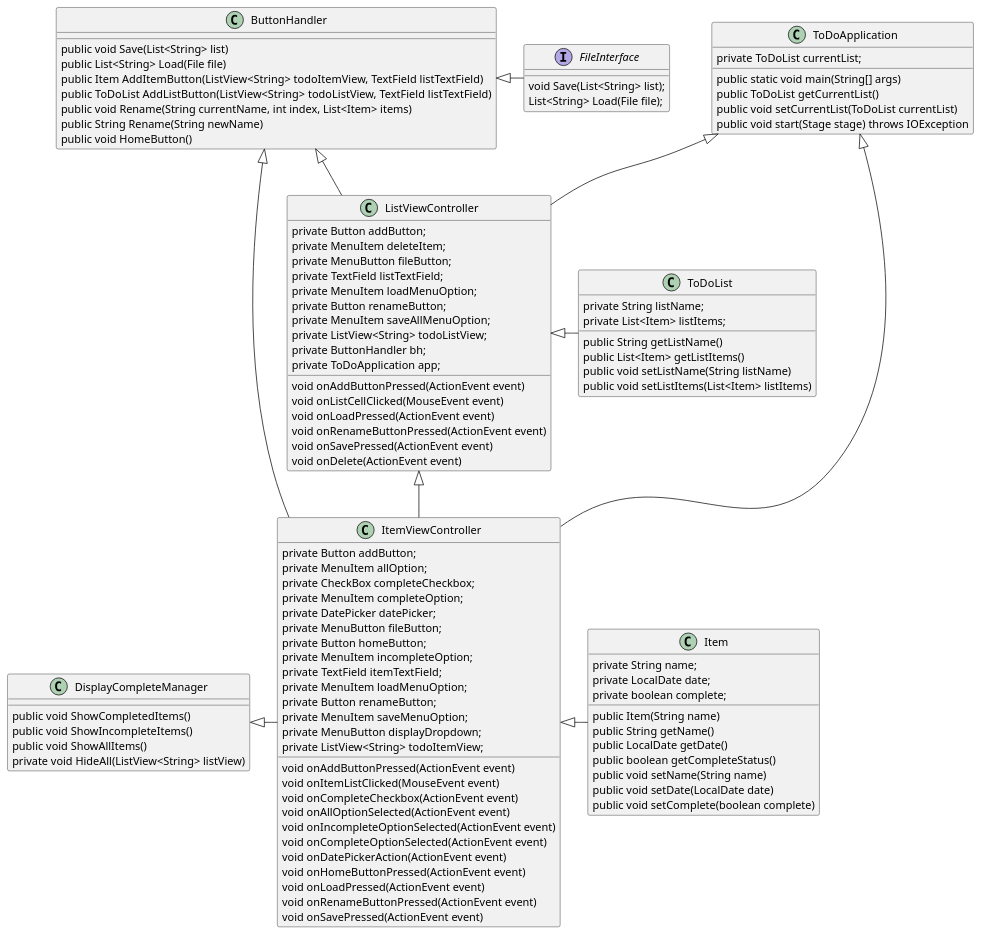
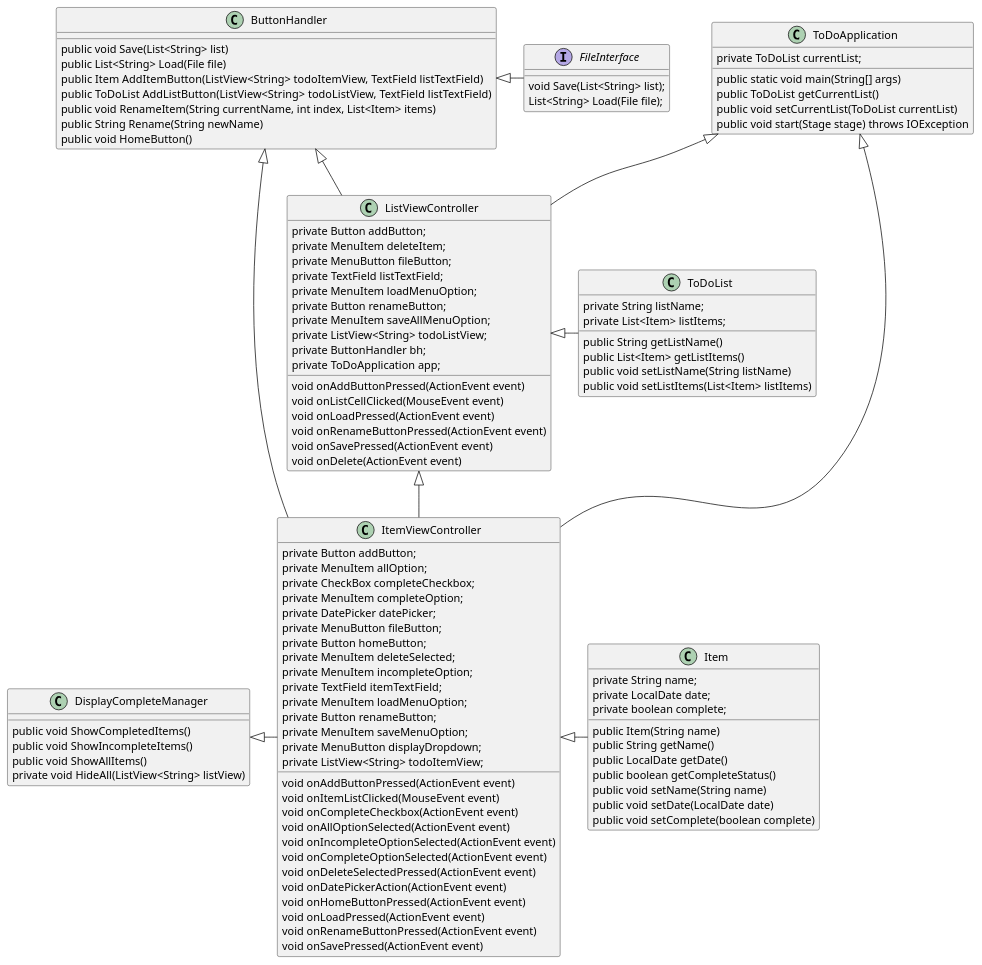
The diagram in uml/ToDoApplication.puml (AlejanPelaez9004/Pelaez-COP3330-assignment4), drawn with PlantUML before and after one commit. The commit also changed 10 other files, not shown here.

```diff
--- a/uml/ToDoApplication.puml
+++ b/uml/ToDoApplication.puml
@@ -1,121 +1,123 @@
 @startuml
 
 ItemViewController <|- Item
 ListViewController <|- ToDoList
 ToDoApplication <|-- ItemViewController
 ToDoApplication <|-- ListViewController
 
 ButtonHandler <|- FileInterface
 ButtonHandler <|-- ListViewController
 ButtonHandler <|- ItemViewController
 ListViewController <|-- ItemViewController
 DisplayCompleteManager <|- ItemViewController
 
 interface FileInterface
 {
     void Save(List<String> list);
     List<String> Load(File file);
 }
 
 class ItemViewController {
     private Button addButton;
     private MenuItem allOption;
     private CheckBox completeCheckbox;
     private MenuItem completeOption;
     private DatePicker datePicker;
     private MenuButton fileButton;
     private Button homeButton;
+    private MenuItem deleteSelected;
     private MenuItem incompleteOption;
     private TextField itemTextField;
     private MenuItem loadMenuOption;
     private Button renameButton;
     private MenuItem saveMenuOption;
     private MenuButton displayDropdown;
     private ListView<String> todoItemView;
     void onAddButtonPressed(ActionEvent event)
     void onItemListClicked(MouseEvent event)
     void onCompleteCheckbox(ActionEvent event)
     void onAllOptionSelected(ActionEvent event)
     void onIncompleteOptionSelected(ActionEvent event)
     void onCompleteOptionSelected(ActionEvent event)
+    void onDeleteSelectedPressed(ActionEvent event)
     void onDatePickerAction(ActionEvent event)
     void onHomeButtonPressed(ActionEvent event)
     void onLoadPressed(ActionEvent event)
     void onRenameButtonPressed(ActionEvent event)
     void onSavePressed(ActionEvent event)
 }
 
 class ToDoApplication
 {
     private ToDoList currentList;
     public static void main(String[] args)
     public ToDoList getCurrentList()
     public void setCurrentList(ToDoList currentList)
     public void start(Stage stage) throws IOException
 }
 
 class Item
 {
     private String name;
     private LocalDate date;
     private boolean complete;
     public Item(String name)
     public String getName()
     public LocalDate getDate()
     public boolean getCompleteStatus()
     public void setName(String name)
     public void setDate(LocalDate date)
     public void setComplete(boolean complete)
 }
 
 class ListViewController
 {
     private Button addButton;
     private MenuItem deleteItem;
     private MenuButton fileButton;
     private TextField listTextField;
     private MenuItem loadMenuOption;
     private Button renameButton;
     private MenuItem saveAllMenuOption;
     private ListView<String> todoListView;
     private ButtonHandler bh;
     private ToDoApplication app;
     void onAddButtonPressed(ActionEvent event)
     void onListCellClicked(MouseEvent event)
     void onLoadPressed(ActionEvent event)
     void onRenameButtonPressed(ActionEvent event)
     void onSavePressed(ActionEvent event)
     void onDelete(ActionEvent event)
 }
 
 class ToDoList
 {
     private String listName;
     private List<Item> listItems;
     public String getListName()
     public List<Item> getListItems()
     public void setListName(String listName)
     public void setListItems(List<Item> listItems)
 }
 
 
 class ButtonHandler
 {
     public void Save(List<String> list)
     public List<String> Load(File file)
     public Item AddItemButton(ListView<String> todoItemView, TextField listTextField)
     public ToDoList AddListButton(ListView<String> todoListView, TextField listTextField)
-    public void Rename(String currentName, int index, List<Item> items)
+    public void RenameItem(String currentName, int index, List<Item> items)
     public String Rename(String newName)
     public void HomeButton()
 }
 
 class DisplayCompleteManager
 {
     public void ShowCompletedItems()
     public void ShowIncompleteItems()
     public void ShowAllItems()
     private void HideAll(ListView<String> listView)
 }
 
 @enduml
```
